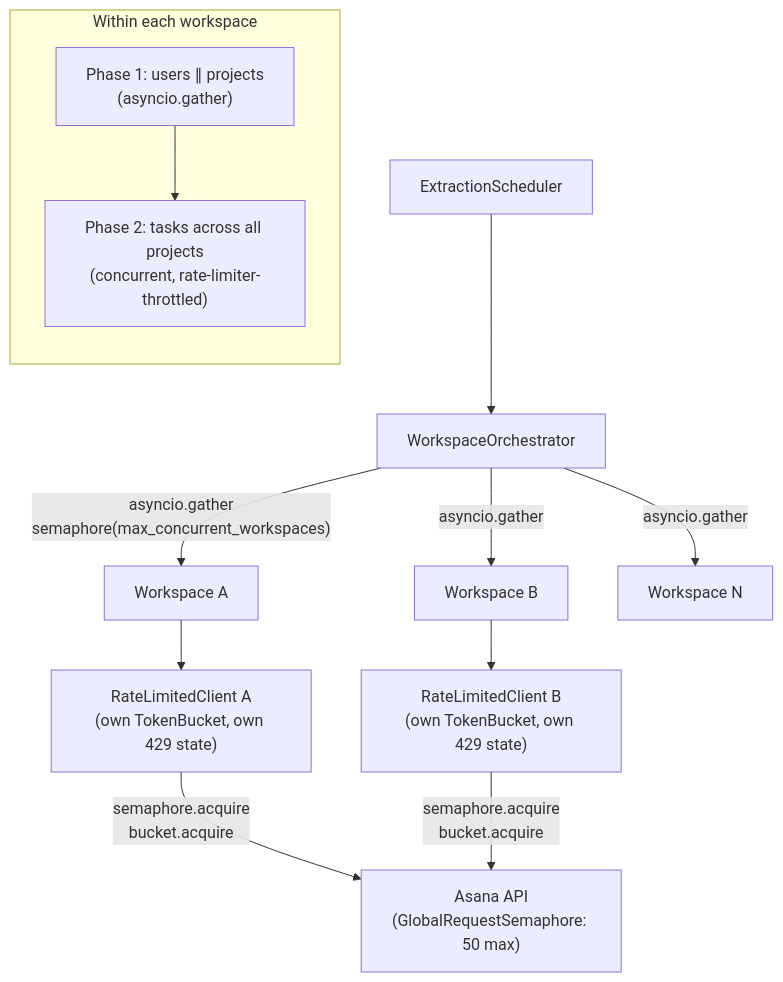
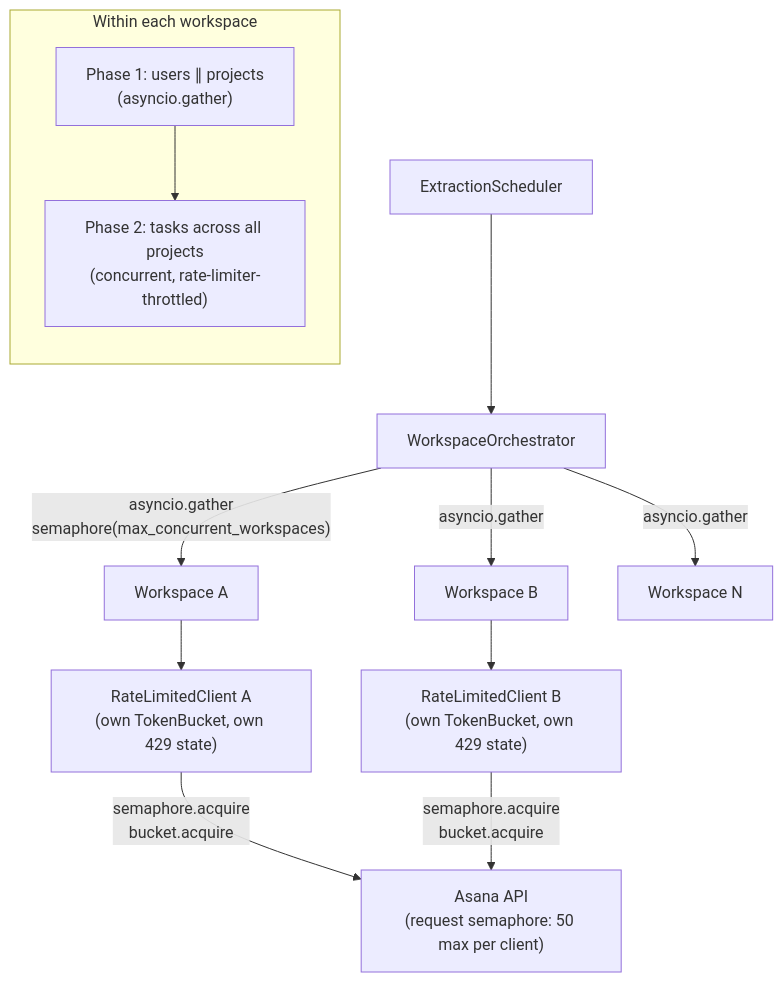
Before and after one commit to Itamarshahar/asana_extractor: the second of 2 diagrams in README.md, drawn with Mermaid. The commit also changed other lines of this file, not shown here.

````diff
--- a/README.md
+++ b/README.md
@@ -108,20 +108,20 @@
 ```mermaid
 graph TD
     Sched["ExtractionScheduler"] --> Orch["WorkspaceOrchestrator"]
     Orch --> |"asyncio.gather<br/>semaphore(max_concurrent_workspaces)"| WA["Workspace A"]
     Orch --> |"asyncio.gather"| WB["Workspace B"]
     Orch --> |"asyncio.gather"| WN["Workspace N"]
 
     WA --> RLC_A["RateLimitedClient A<br/>(own TokenBucket, own 429 state)"]
     WB --> RLC_B["RateLimitedClient B<br/>(own TokenBucket, own 429 state)"]
 
-    RLC_A --> |"semaphore.acquire<br/>bucket.acquire"| API["Asana API<br/>(GlobalRequestSemaphore: 50 max)"]
+    RLC_A --> |"semaphore.acquire<br/>bucket.acquire"| API["Asana API<br/>(request semaphore: 50 max per client)"]
     RLC_B --> |"semaphore.acquire<br/>bucket.acquire"| API
 
     subgraph "Within each workspace"
         direction TB
         Phase1["Phase 1: users ∥ projects<br/>(asyncio.gather)"]
         Phase2["Phase 2: tasks across all projects<br/>(concurrent, rate-limiter-throttled)"]
         Phase1 --> Phase2
     end
 ```
````
